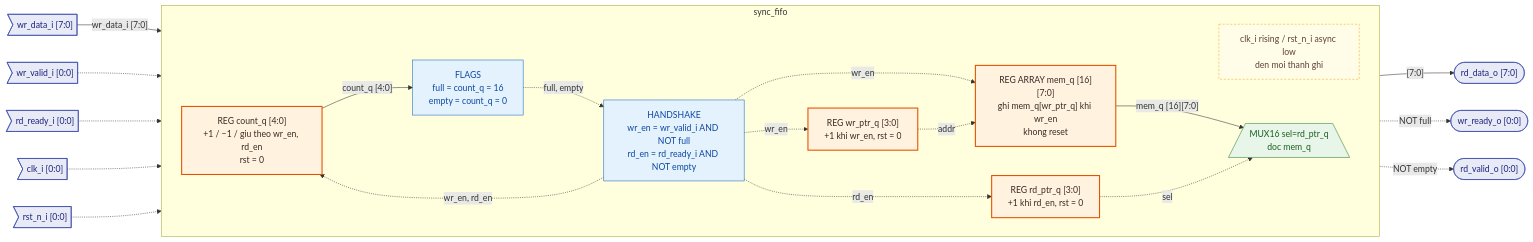
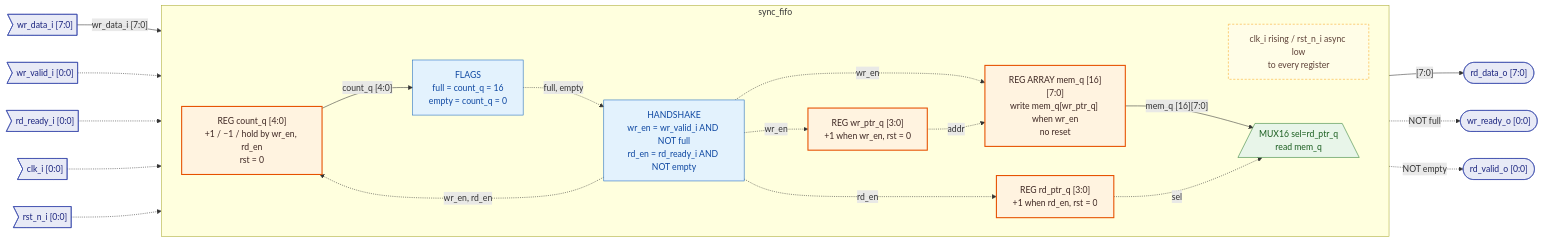
Before and after one commit to nhquan-vt205/APB-Slave_reg_module: the diagram in .claude/skills/rtl-s2-diagram/references/example_l1_sync_fifo.mmd, drawn with Mermaid. The commit also changed 24 other files, not shown here.

```diff
--- a/.claude/skills/rtl-s2-diagram/references/example_l1_sync_fifo.mmd
+++ b/.claude/skills/rtl-s2-diagram/references/example_l1_sync_fifo.mmd
@@ -1,63 +1,63 @@
 %% module : sync_fifo
 %% stage  : 2 - diagram L1 (microarchitecture)
-%% nguon  : doc/spec/sync_fifo_spec.md
+%% source : doc/spec/sync_fifo_spec.md
 %% param  : DATA_W=8, DEPTH=16, AW=4
-%% mo tren: https://mermaid.live
+%% open in: https://mermaid.live
 flowchart LR
 
   %% ===== INPUT PORTS =====
   pi_clk>"clk_i [0:0]"]
   pi_rst>"rst_n_i [0:0]"]
   pi_wvld>"wr_valid_i [0:0]"]
   pi_wdat>"wr_data_i [7:0]"]
   pi_rrdy>"rd_ready_i [0:0]"]
 
   %% ===== OUTPUT PORTS =====
   po_wrdy(["wr_ready_o [0:0]"])
   po_rvld(["rd_valid_o [0:0]"])
   po_rdat(["rd_data_o [7:0]"])
 
   subgraph M_sync_fifo["sync_fifo"]
     direction LR
-    n_clkrst["clk_i rising / rst_n_i async low<br/>den moi thanh ghi"]
+    n_clkrst["clk_i rising / rst_n_i async low<br/>to every register"]
     blk_hs["HANDSHAKE<br/>wr_en = wr_valid_i AND NOT full<br/>rd_en = rd_ready_i AND NOT empty"]
-    reg_mem["REG ARRAY mem_q [16][7:0]<br/>ghi mem_q[wr_ptr_q] khi wr_en<br/>khong reset"]
-    reg_wptr["REG wr_ptr_q [3:0]<br/>+1 khi wr_en, rst = 0"]
-    reg_rptr["REG rd_ptr_q [3:0]<br/>+1 khi rd_en, rst = 0"]
-    reg_cnt["REG count_q [4:0]<br/>+1 / −1 / giu theo wr_en, rd_en<br/>rst = 0"]
+    reg_mem["REG ARRAY mem_q [16][7:0]<br/>write mem_q[wr_ptr_q] when wr_en<br/>no reset"]
+    reg_wptr["REG wr_ptr_q [3:0]<br/>+1 when wr_en, rst = 0"]
+    reg_rptr["REG rd_ptr_q [3:0]<br/>+1 when rd_en, rst = 0"]
+    reg_cnt["REG count_q [4:0]<br/>+1 / −1 / hold by wr_en, rd_en<br/>rst = 0"]
     blk_flag["FLAGS<br/>full = count_q = 16<br/>empty = count_q = 0"]
-    mux_rd[/"MUX16 sel=rd_ptr_q<br/>doc mem_q"\]
+    mux_rd[/"MUX16 sel=rd_ptr_q<br/>read mem_q"\]
   end
 
   %% ===== DATA =====
   pi_wdat -->|"wr_data_i [7:0]"| reg_mem
   reg_mem -->|"mem_q [16][7:0]"| mux_rd
   mux_rd -->|"[7:0]"| po_rdat
   reg_cnt -->|"count_q [4:0]"| blk_flag
 
   %% ===== CONTROL =====
   pi_wvld -.-> blk_hs
   pi_rrdy -.-> blk_hs
   blk_flag -.->|"full, empty"| blk_hs
   blk_hs -.->|"wr_en"| reg_mem
   blk_hs -.->|"wr_en"| reg_wptr
   blk_hs -.->|"rd_en"| reg_rptr
   blk_hs -.->|"wr_en, rd_en"| reg_cnt
   reg_wptr -.->|"addr"| reg_mem
   reg_rptr -.->|"sel"| mux_rd
   blk_flag -.->|"NOT full"| po_wrdy
   blk_flag -.->|"NOT empty"| po_rvld
   pi_clk -.-> n_clkrst
   pi_rst -.-> n_clkrst
 
   %% ===== STYLE =====
   classDef port fill:#e8eaf6,stroke:#3949ab,color:#1a237e
   classDef reg fill:#fff3e0,stroke:#e65100,stroke-width:2px,color:#3e2723
   classDef mux fill:#e8f5e9,stroke:#2e7d32,color:#1b5e20
   classDef blk fill:#e3f2fd,stroke:#1565c0,color:#0d47a1
   classDef note fill:#fffde7,stroke:#f9a825,stroke-dasharray:4 3,color:#5d4037
   class pi_clk,pi_rst,pi_wvld,pi_wdat,pi_rrdy,po_wrdy,po_rvld,po_rdat port
   class reg_mem,reg_wptr,reg_rptr,reg_cnt reg
   class mux_rd mux
   class blk_hs,blk_flag blk
   class n_clkrst note
```
